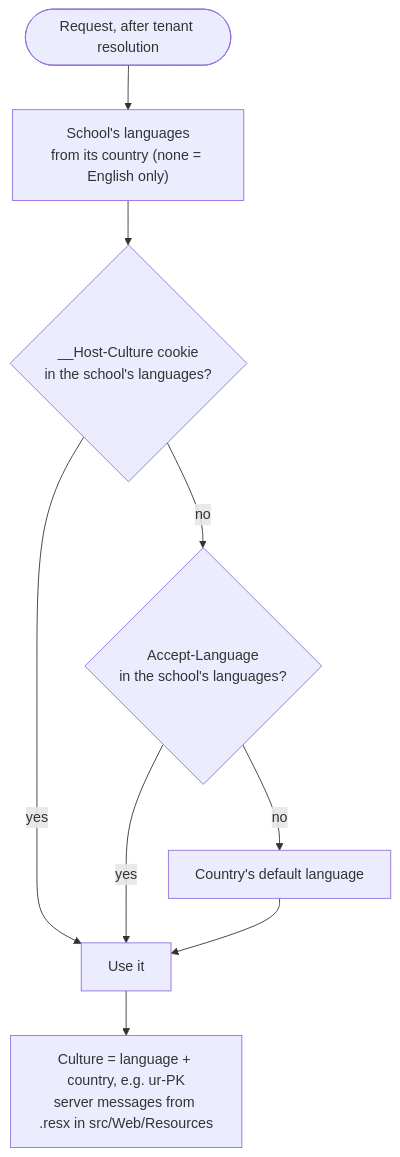
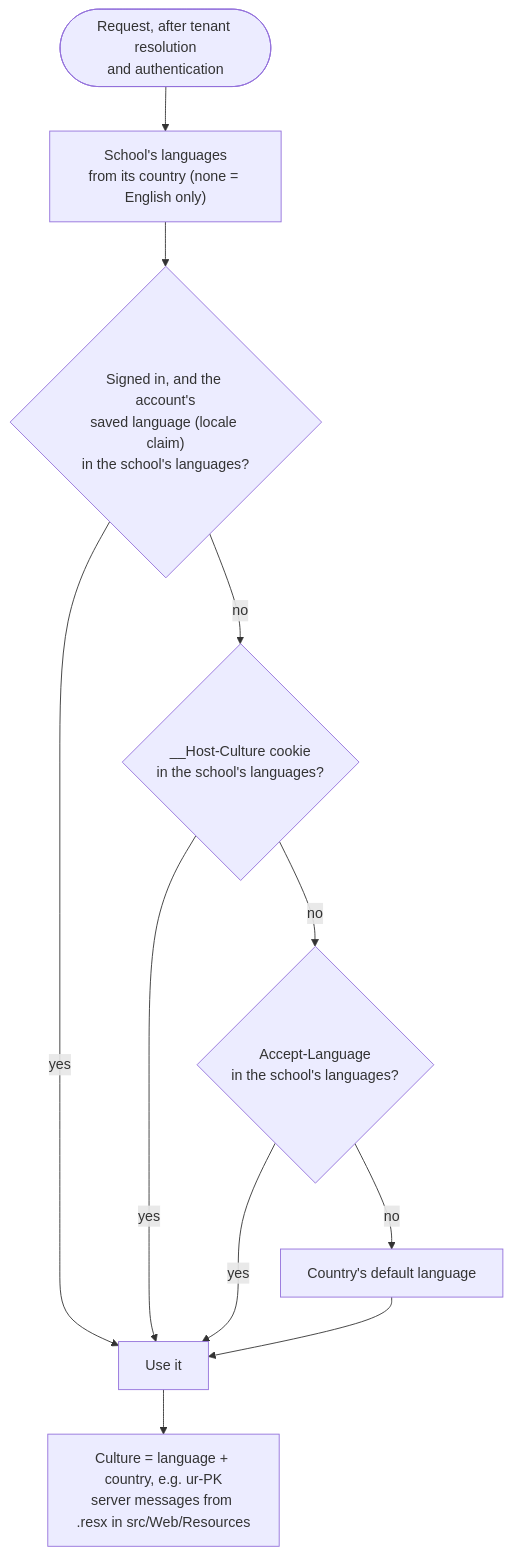
One commit to ahmedshahjr/Education-Portal changed diagram 14 of 19 in README.md. Above: the diagram before and after it, drawn with Mermaid. The commit also changed other lines of this file and 24 other files, not shown here.

````diff
--- a/README.md
+++ b/README.md
@@ -601,11 +601,13 @@
 ```mermaid
 flowchart TB
-    req(["Request, after tenant resolution"]) --> langs["School's languages<br/>from its country (none = English only)"]
-    langs --> cookie{"__Host-Culture cookie<br/>in the school's languages?"}
+    req(["Request, after tenant resolution<br/>and authentication"]) --> langs["School's languages<br/>from its country (none = English only)"]
+    langs --> saved{"Signed in, and the account's<br/>saved language (locale claim)<br/>in the school's languages?"}
+    saved -- yes --> pick
+    saved -- no --> cookie{"__Host-Culture cookie<br/>in the school's languages?"}
     cookie -- yes --> pick["Use it"]
     cookie -- no --> accept{"Accept-Language<br/>in the school's languages?"}
     accept -- yes --> pick
     accept -- no --> def["Country's default language"]
     def --> pick
     pick --> culture["Culture = language + country, e.g. ur-PK<br/>server messages from .resx in src/Web/Resources"]
 ```
````
